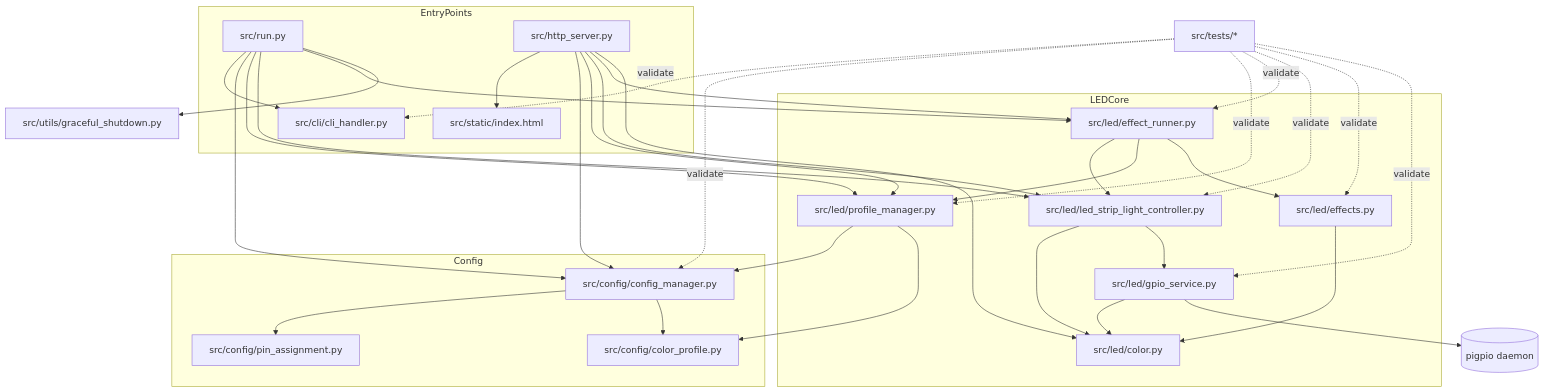
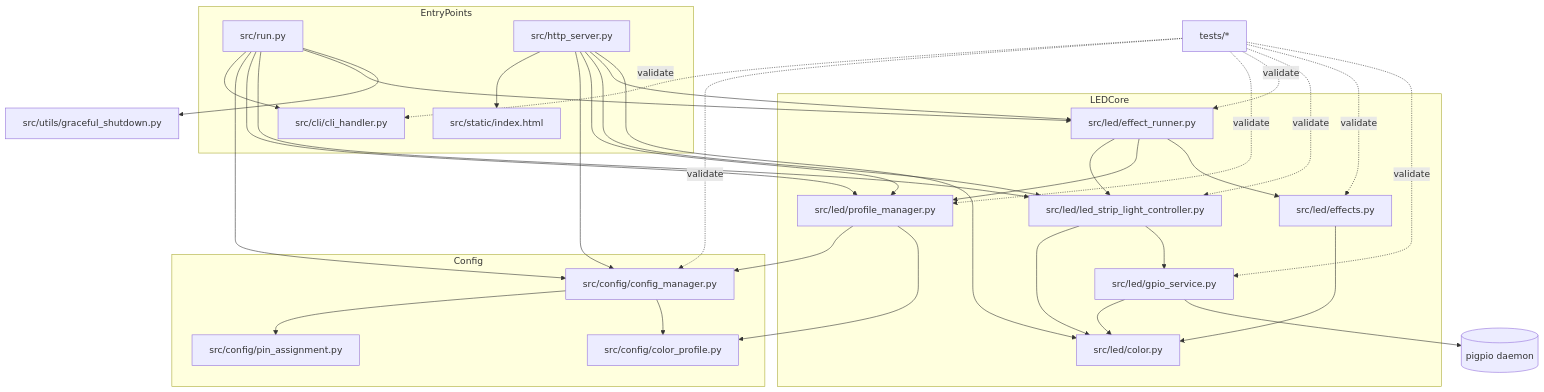
The diagram in docs/codebase-diagram.md (janrothen/led-strip-light), drawn with Mermaid before and after one commit.

Commit message:
Fix tests/ path reference in codebase diagram

````diff
--- a/docs/codebase-diagram.md
+++ b/docs/codebase-diagram.md
@@ -3,64 +3,64 @@
 ```mermaid
 flowchart TD
     subgraph EntryPoints
         RUN["src/run.py"]
         HTTP["src/http_server.py"]
         CLI["src/cli/cli_handler.py"]
         WEB["src/static/index.html"]
     end
 
     subgraph Config
         CFG["src/config/config_manager.py"]
         PINS["src/config/pin_assignment.py"]
         CPROF["src/config/color_profile.py"]
     end
 
     subgraph LEDCore
         PM["src/led/profile_manager.py"]
         ER["src/led/effect_runner.py"]
         CTRL["src/led/led_strip_light_controller.py"]
         EFX["src/led/effects.py"]
         GPIO["src/led/gpio_service.py"]
         COLOR["src/led/color.py"]
     end
 
     SHUT["src/utils/graceful_shutdown.py"]
-    TESTS["src/tests/*"]
+    TESTS["tests/*"]
     PIGPIO[("pigpio daemon")]
 
     RUN --> CLI
     RUN --> CFG
     RUN --> PM
     RUN --> CTRL
     RUN --> ER
     RUN --> SHUT
 
     HTTP --> WEB
     HTTP --> CFG
     HTTP --> PM
     HTTP --> CTRL
     HTTP --> ER
     HTTP --> COLOR
 
     CFG --> PINS
     CFG --> CPROF
     PM --> CFG
     PM --> CPROF
 
     ER --> CTRL
     ER --> PM
     ER --> EFX
     EFX --> COLOR
     CTRL --> COLOR
     CTRL --> GPIO
     GPIO --> COLOR
     GPIO --> PIGPIO
 
     TESTS -. validate .-> CLI
     TESTS -. validate .-> CFG
     TESTS -. validate .-> PM
     TESTS -. validate .-> ER
     TESTS -. validate .-> CTRL
     TESTS -. validate .-> EFX
     TESTS -. validate .-> GPIO
 ```
````
